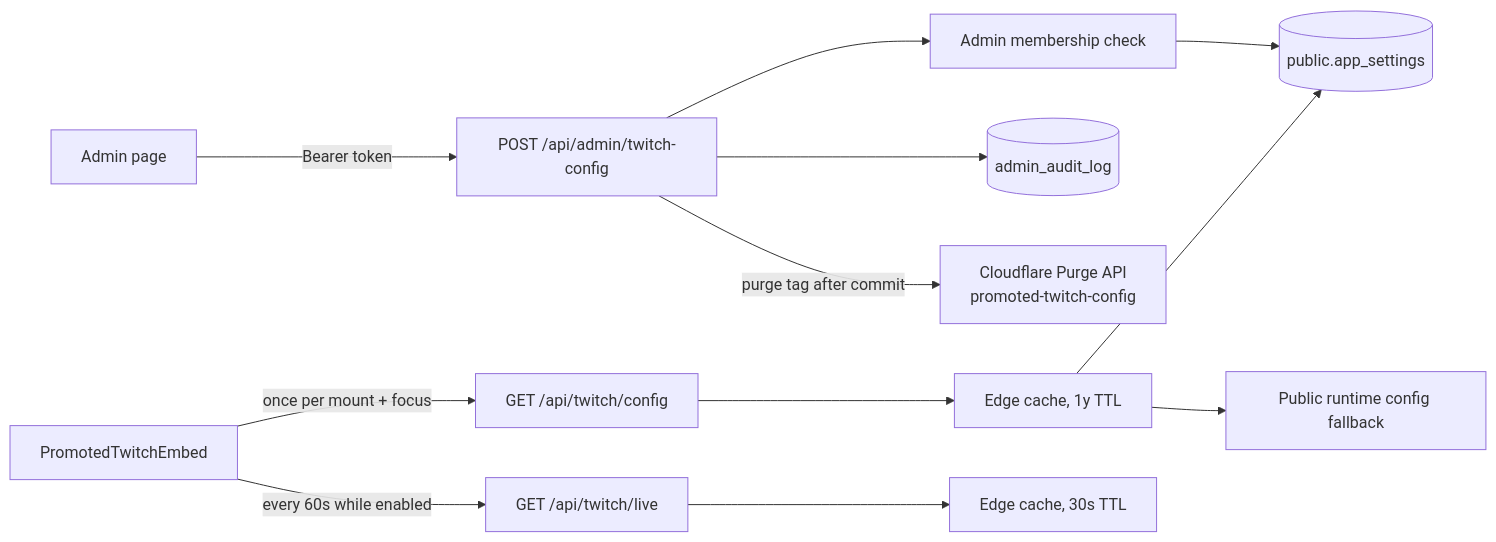
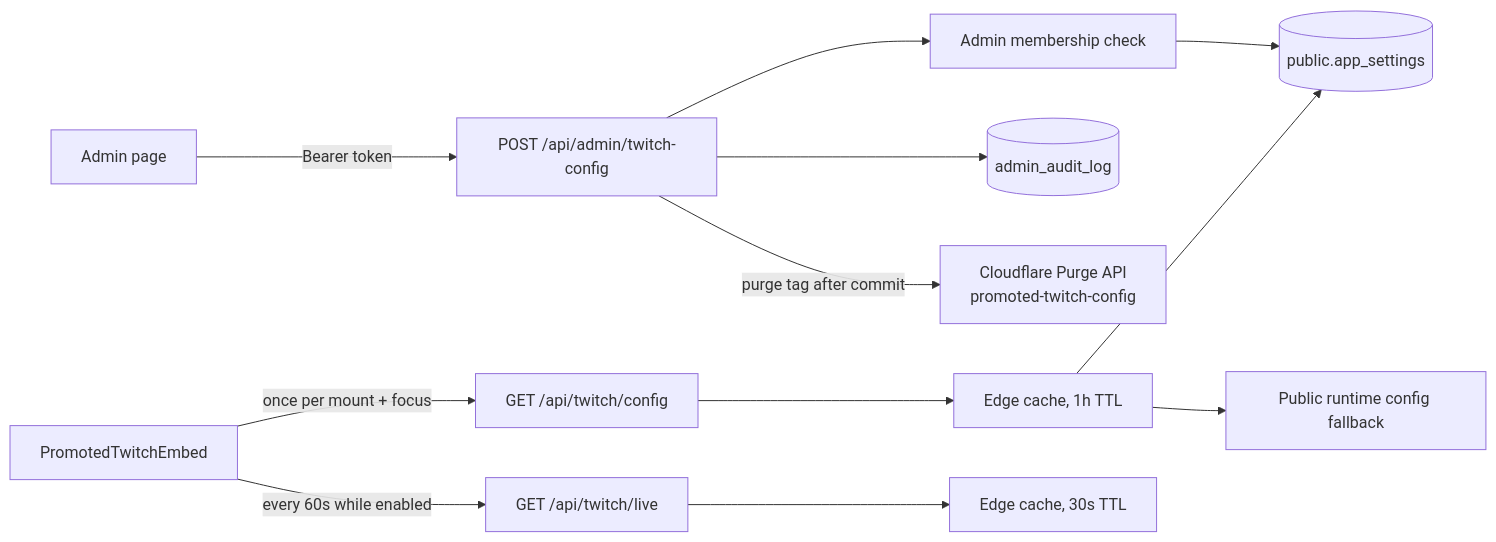
Before and after one commit to tarkovtracker-org/TarkovTracker: the ninth of 9 diagrams in docs/SYSTEMS.md, drawn with Mermaid.

Commit message:
docs: sync Twitch edge-cache diagram with one-hour TTL

````diff
--- a/docs/SYSTEMS.md
+++ b/docs/SYSTEMS.md
@@ -882,14 +882,14 @@
 ```mermaid
 flowchart LR
     Admin[Admin page] -->|Bearer token| Write[POST /api/admin/twitch-config]
     Write --> Gate[Admin membership check]
     Gate --> Settings[(public.app_settings)]
     Write --> Audit[(admin_audit_log)]
     Write -->|purge tag after commit| Purge[Cloudflare Purge API<br/>promoted-twitch-config]
     Embed[PromotedTwitchEmbed] -->|once per mount + focus| Read[GET /api/twitch/config]
-    Read --> Edge[Edge cache, 1y TTL]
+    Read --> Edge[Edge cache, 1h TTL]
     Edge --> Settings
     Edge --> Fallback[Public runtime config fallback]
     Embed -->|every 60s while enabled| Live[GET /api/twitch/live]
     Live --> LiveEdge[Edge cache, 30s TTL]
 ```
````
